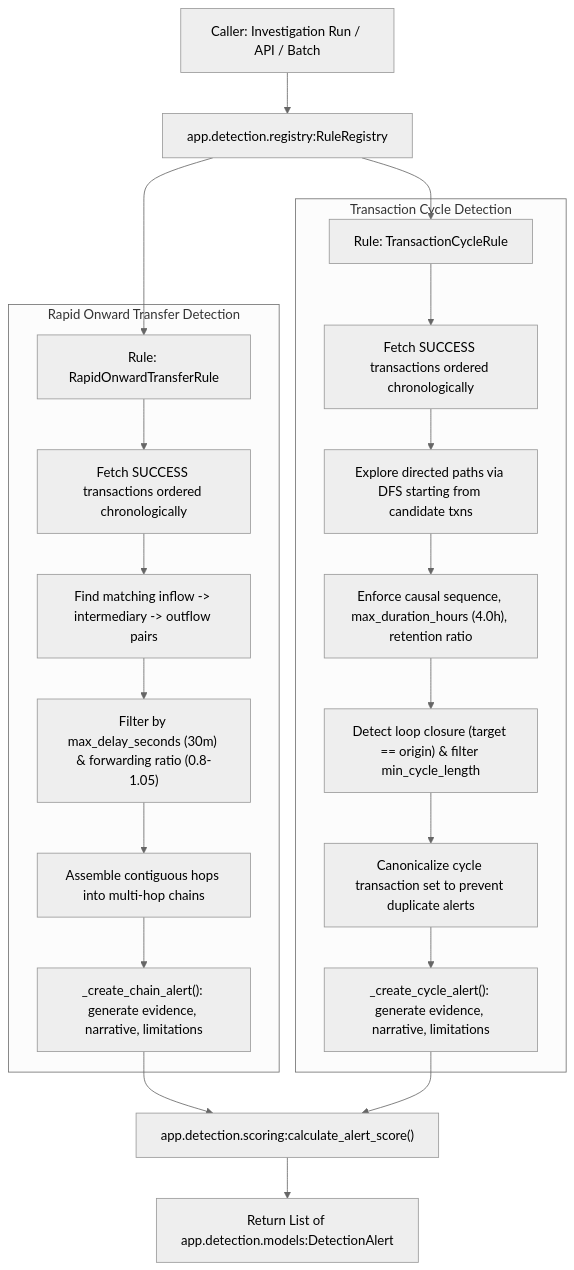
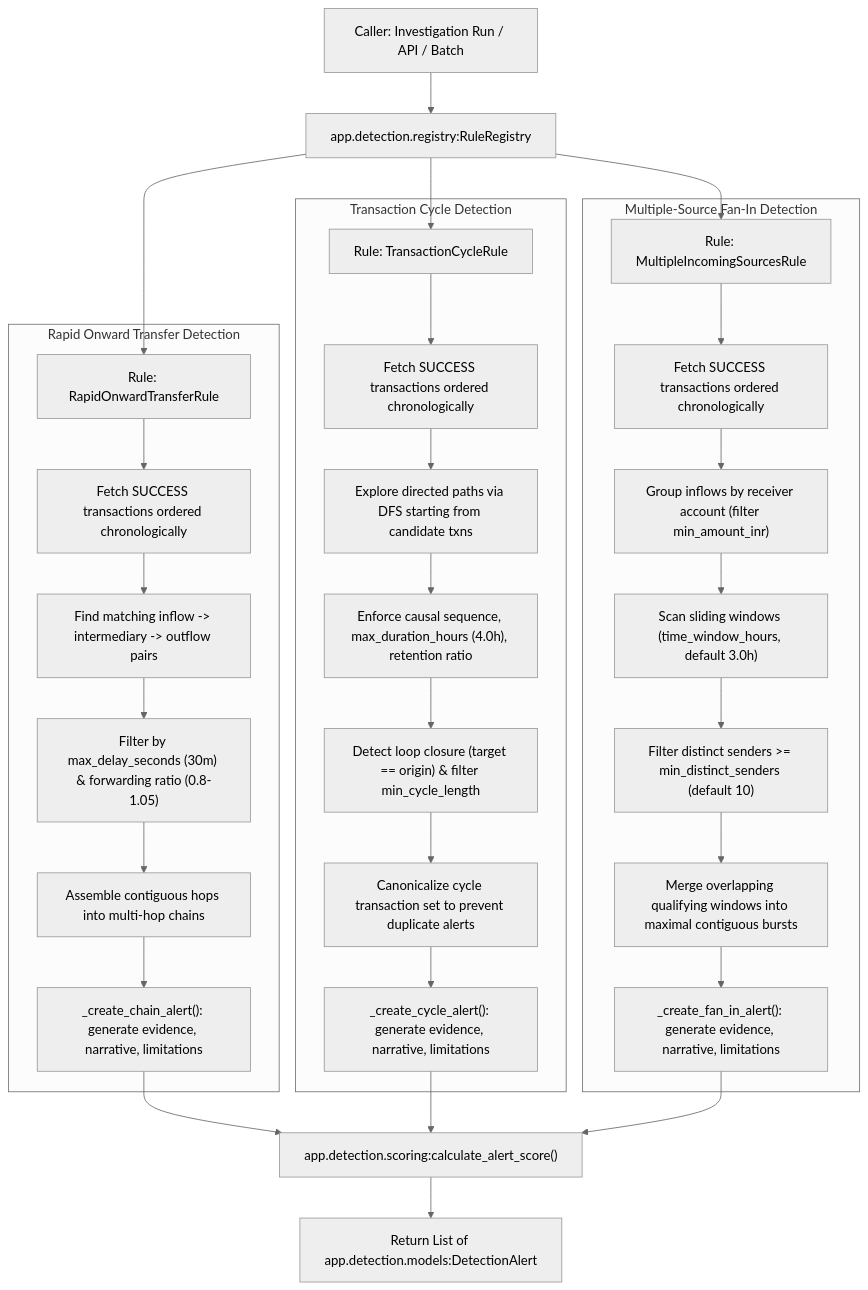
One commit to bharath-0814/anvik changed the fourth of 5 diagrams in docs/FLOW.md. Above: the diagram before and after it, drawn with Mermaid (neutral theme). The commit also changed other lines of this file and 6 other files, not shown here.

Commit message:
feat(detection): implement multiple-source fan-in rule and update flow docs

````diff
--- a/docs/FLOW.md
+++ b/docs/FLOW.md
@@ -108,27 +108,38 @@
 ```mermaid
 flowchart TD
     A["Caller: Investigation Run / API / Batch"] --> B["app.detection.registry:RuleRegistry"]
     B --> C1["Rule: RapidOnwardTransferRule"]
     B --> C2["Rule: TransactionCycleRule"]
+    B --> C3["Rule: MultipleIncomingSourcesRule"]
     
     subgraph "Rapid Onward Transfer Detection"
         C1 --> D1["Fetch SUCCESS transactions ordered chronologically"]
         D1 --> E1["Find matching inflow -> intermediary -> outflow pairs"]
         E1 --> F1["Filter by max_delay_seconds (30m) & forwarding ratio (0.8-1.05)"]
         F1 --> G1["Assemble contiguous hops into multi-hop chains"]
         G1 --> H1["_create_chain_alert(): generate evidence, narrative, limitations"]
     end
 
     subgraph "Transaction Cycle Detection"
         C2 --> D2["Fetch SUCCESS transactions ordered chronologically"]
         D2 --> E2["Explore directed paths via DFS starting from candidate txns"]
         E2 --> F2["Enforce causal sequence, max_duration_hours (4.0h), retention ratio"]
         F2 --> G2["Detect loop closure (target == origin) & filter min_cycle_length"]
         G2 --> H2["Canonicalize cycle transaction set to prevent duplicate alerts"]
         H2 --> I2["_create_cycle_alert(): generate evidence, narrative, limitations"]
     end
 
+    subgraph "Multiple-Source Fan-In Detection"
+        C3 --> D3["Fetch SUCCESS transactions ordered chronologically"]
+        D3 --> E3["Group inflows by receiver account (filter min_amount_inr)"]
+        E3 --> F3["Scan sliding windows (time_window_hours, default 3.0h)"]
+        F3 --> G3["Filter distinct senders >= min_distinct_senders (default 10)"]
+        G3 --> H3["Merge overlapping qualifying windows into maximal contiguous bursts"]
+        H3 --> I3["_create_fan_in_alert(): generate evidence, narrative, limitations"]
+    end
+
     H1 --> J["app.detection.scoring:calculate_alert_score()"]
     I2 --> J
+    I3 --> J
     J --> K["Return List of app.detection.models:DetectionAlert"]
 ```
````
